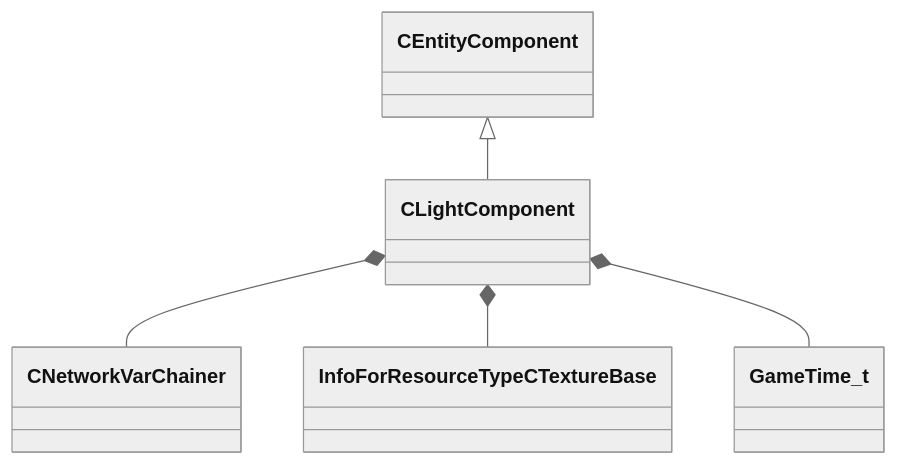
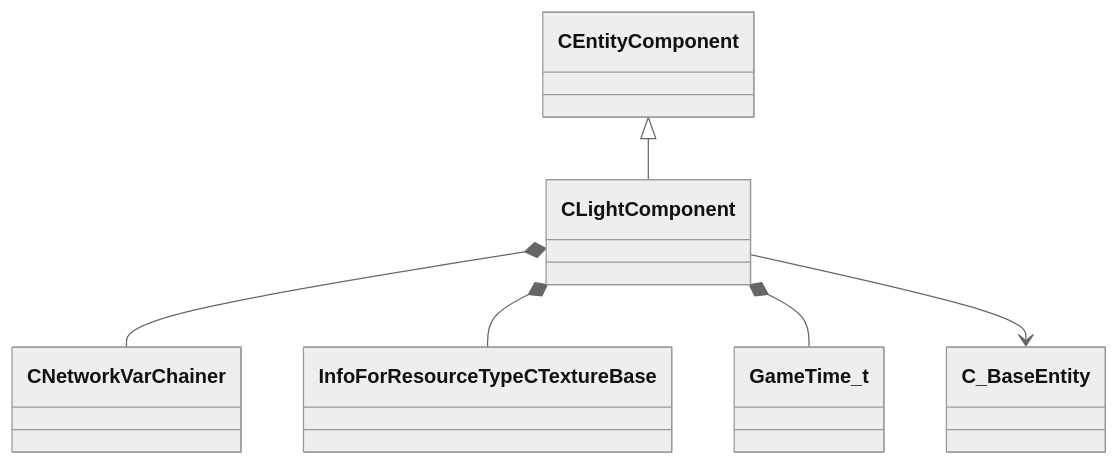
The diagram in docs/generated/schemas/client/CLightComponent.md (CS2OpenDev/CS2OpenDev-Docs), drawn with Mermaid (neutral theme) before and after one commit. The commit also changed other lines of this file and 4654 other files, not shown here.

Commit message:
docs: regenerate for SchemaTracker build 25947352 [skip ci]

````diff
--- a/docs/generated/schemas/client/CLightComponent.md
+++ b/docs/generated/schemas/client/CLightComponent.md
@@ -21,7 +21,8 @@
 ```mermaid
 classDiagram
     CEntityComponent <|-- CLightComponent
     CLightComponent *-- CNetworkVarChainer
     CLightComponent *-- InfoForResourceTypeCTextureBase
     CLightComponent *-- GameTime_t
+    CLightComponent --> C_BaseEntity
 ```
````
